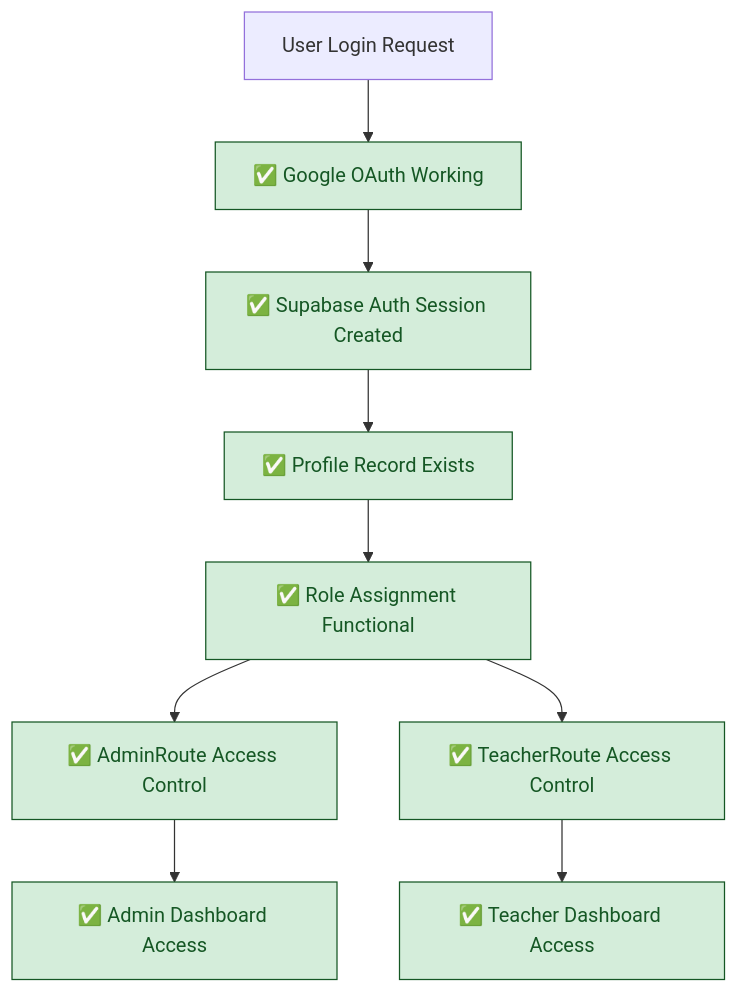
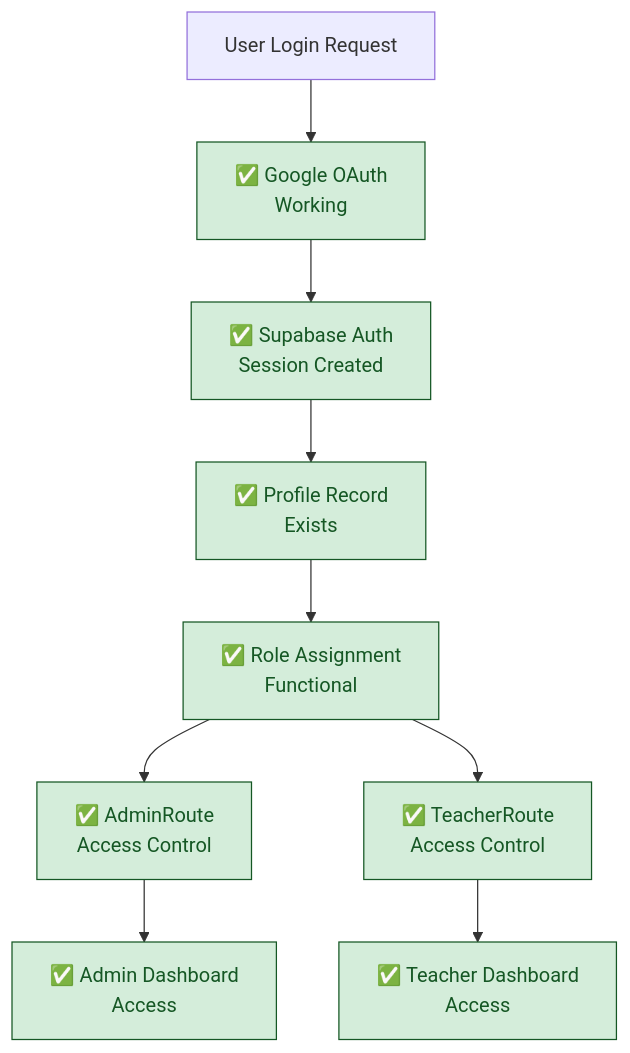
The first of 6 diagrams in docs/flowcharts/Current-State/04-current-session-management.md (Splurfa/bx-os), drawn with Mermaid before and after one commit. The commit also changed 11 other files, not shown here.

Commit message:
Fix flowchart text wrapping

````diff
--- a/docs/flowcharts/Current-State/04-current-session-management.md
+++ b/docs/flowcharts/Current-State/04-current-session-management.md
@@ -9,17 +9,17 @@
 ```mermaid
 flowchart TD
-    A[User Login Request] --> B[✅ Google OAuth Working]
-    B --> C[✅ Supabase Auth Session Created]
-    C --> D[✅ Profile Record Exists]
-    D --> E[✅ Role Assignment Functional]
+    A[User Login Request] --> B[✅ Google OAuth<br/>Working]
+    B --> C[✅ Supabase Auth<br/>Session Created]
+    C --> D[✅ Profile Record<br/>Exists]
+    D --> E[✅ Role Assignment<br/>Functional]
     
-    E --> F[✅ AdminRoute Access Control]
-    E --> G[✅ TeacherRoute Access Control]
+    E --> F[✅ AdminRoute<br/>Access Control]
+    E --> G[✅ TeacherRoute<br/>Access Control]
     
-    F --> H[✅ Admin Dashboard Access]
-    G --> I[✅ Teacher Dashboard Access]
+    F --> H[✅ Admin Dashboard<br/>Access]
+    G --> I[✅ Teacher Dashboard<br/>Access]
     
     classDef functional fill:#d4edda,stroke:#155724,color:#155724
     
     class B,C,D,E,F,G,H,I functional
 ```
````
